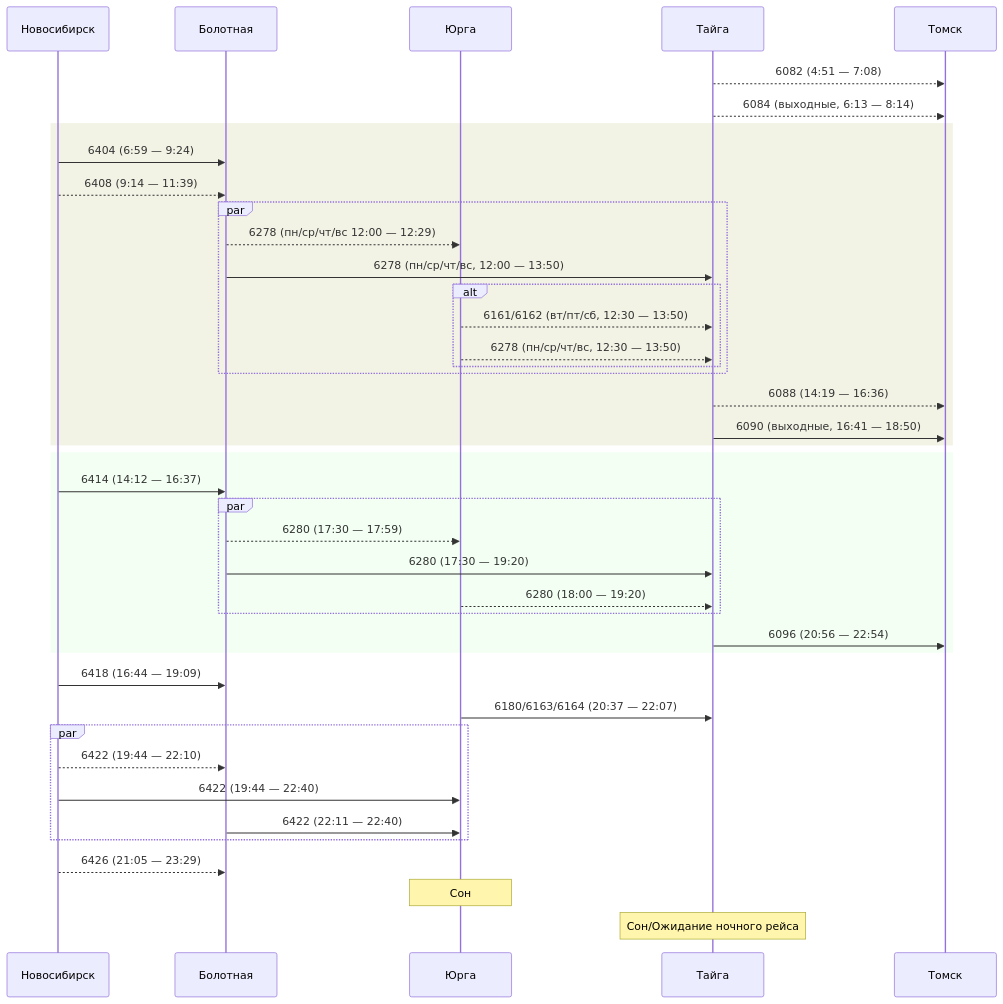
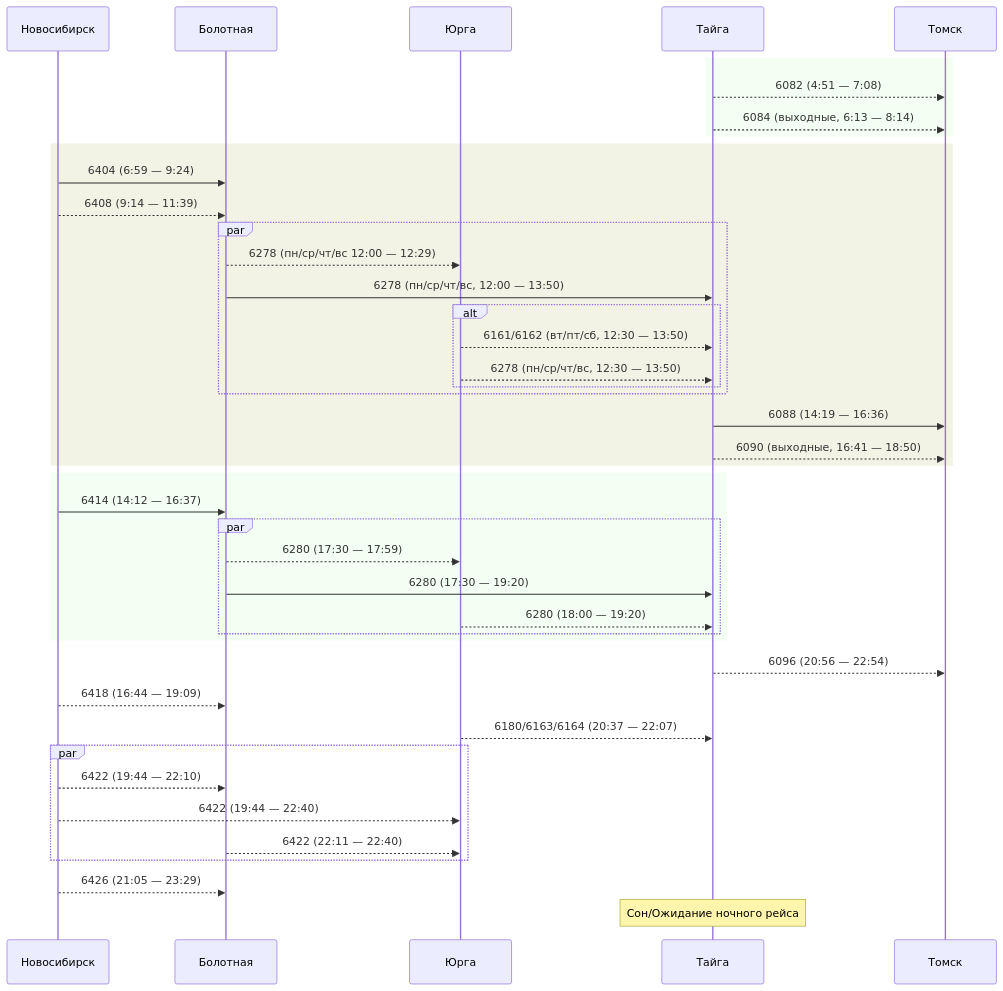
One commit to u0feff/Pezda changed the third of 11 diagrams in README.md. Above: the diagram before and after it, drawn with Mermaid. The commit also changed other lines of this file, not shown here.

````diff
--- a/README.md
+++ b/README.md
@@ -96,52 +100,53 @@
 ```mermaid
 sequenceDiagram
     participant Новосибирск
     participant Болотная
     participant Юрга
     participant Тайга
     participant Томск
 
+    rect rgba(0, 255, 0, 0.05)
     Тайга-->>Томск: 6082 (4:51 — 7:08)
 
     Тайга-->>Томск: 6084 (выходные, 6:13 — 8:14)
+    end
 
     rect rgba(127, 127, 0, 0.1)
     Новосибирск->>Болотная: 6404 (6:59 — 9:24)
     Новосибирск-->>Болотная: 6408 (9:14 — 11:39)
     par
     Болотная-->>Юрга: 6278 (пн/ср/чт/вс 12:00 — 12:29)
     Болотная->>Тайга: 6278 (пн/ср/чт/вс, 12:00 — 13:50)
     alt
     Юрга-->>Тайга: 6161/6162 (вт/пт/сб, 12:30 — 13:50)
     Юрга-->>Тайга: 6278 (пн/ср/чт/вс, 12:30 — 13:50)
     end
     end
-    Тайга-->>Томск: 6088 (14:19 — 16:36)
-    Тайга->>Томск: 6090 (выходные, 16:41 — 18:50)
+    Тайга->>Томск: 6088 (14:19 — 16:36)
+    Тайга-->>Томск: 6090 (выходные, 16:41 — 18:50)
     end
 
     rect rgba(0, 255, 0, 0.05)
     Новосибирск->>Болотная: 6414 (14:12 — 16:37)
     par
     Болотная-->>Юрга: 6280 (17:30 — 17:59)
     Болотная->>Тайга: 6280 (17:30 — 19:20)
     Юрга-->>Тайга: 6280 (18:00 — 19:20)
     end
-    Тайга->>Томск: 6096 (20:56 — 22:54)
     end
+    Тайга-->>Томск: 6096 (20:56 — 22:54)
 
-    Новосибирск->>Болотная: 6418 (16:44 — 19:09)
+    Новосибирск-->>Болотная: 6418 (16:44 — 19:09)
 
-    Юрга->>Тайга: 6180/6163/6164 (20:37 — 22:07)
+    Юрга-->>Тайга: 6180/6163/6164 (20:37 — 22:07)
 
     par
     Новосибирск-->>Болотная: 6422 (19:44 — 22:10)
-    Новосибирск->>Юрга: 6422 (19:44 — 22:40)
-    Болотная->>Юрга: 6422 (22:11 — 22:40)
+    Новосибирск-->>Юрга: 6422 (19:44 — 22:40)
+    Болотная-->>Юрга: 6422 (22:11 — 22:40)
     end
 
     Новосибирск-->>Болотная: 6426 (21:05 — 23:29)
 
-    Note over Юрга: Сон
     Note over Тайга: Сон/Ожидание ночного рейса
 ```
````
